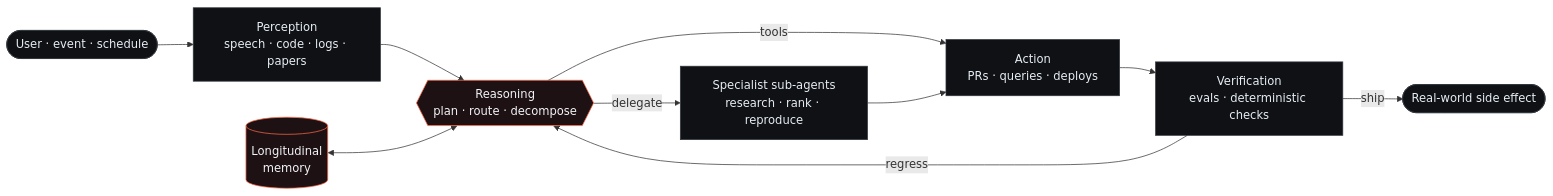
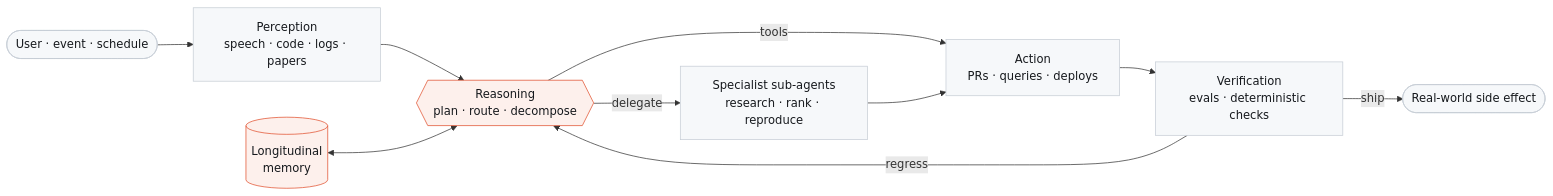
The first of 2 diagrams in README.md (hritvikgupta/hritvikgupta), drawn with Mermaid before and after one commit. The commit also changed other lines of this file and 14 other files, not shown here.

````diff
--- a/README.md
+++ b/README.md
@@ -74,17 +76,17 @@
 ```mermaid
 flowchart LR
     U(["User · event · schedule"]) --> P
     P["Perception<br/>speech · code · logs · papers"] --> R
     R{{"Reasoning<br/>plan · route · decompose"}} -->|delegate| S["Specialist sub-agents<br/>research · rank · reproduce"]
     R -->|tools| A["Action<br/>PRs · queries · deploys"]
     S --> A
     A --> V["Verification<br/>evals · deterministic checks"]
     V -->|regress| R
     V -->|ship| O(["Real-world side effect"])
     M[("Longitudinal<br/>memory")] <--> R
 
-    classDef n fill:#0f1115,stroke:#30363d,color:#e6edf3
-    classDef h fill:#1e1113,stroke:#FF6B4A,color:#f0f3f6
+    classDef n fill:#F6F8FA,stroke:#C6CDD5,color:#16191D
+    classDef h fill:#FDF0EC,stroke:#E14D2A,color:#16191D
     class U,P,S,A,V,O n
     class R,M h
 ```
````
